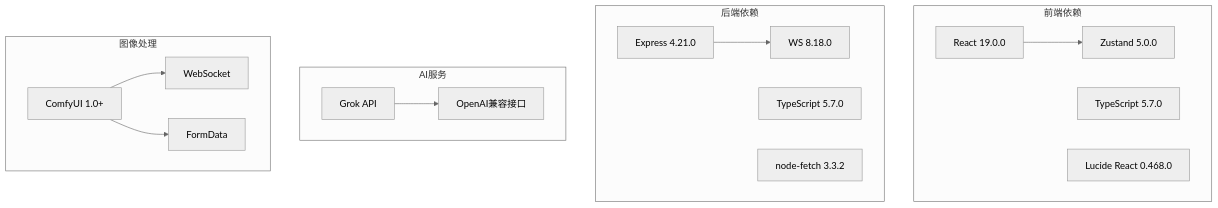
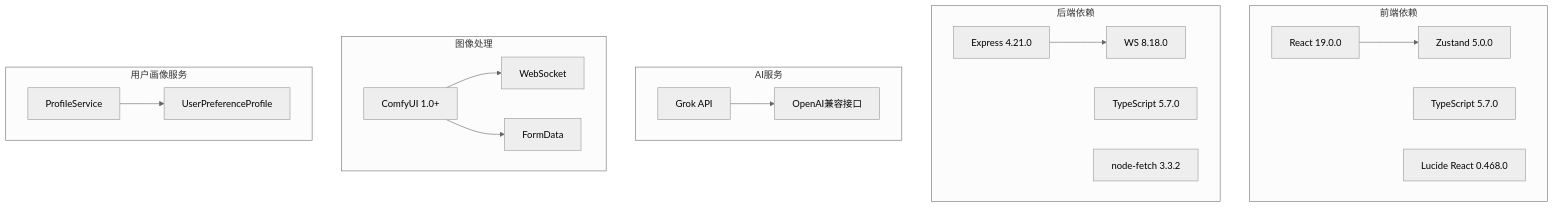
Diagram 13 of 14 in .qoder/repowiki/zh/content/前端应用/AI智能代理系统/AI智能代理系统.md (billye220670/CorineKit_Pix2Real), drawn with Mermaid (neutral theme) before and after one commit. The commit also changed other lines of this file and 14 other files, not shown here.

````diff
--- a/.qoder/repowiki/zh/content/前端应用/AI智能代理系统/AI智能代理系统.md
+++ b/.qoder/repowiki/zh/content/前端应用/AI智能代理系统/AI智能代理系统.md
@@ -438,29 +669,34 @@
 ```mermaid
 graph TB
 subgraph "前端依赖"
 A[React 19.0.0]
 B[TypeScript 5.7.0]
 C[Zustand 5.0.0]
 D[Lucide React 0.468.0]
 end
 subgraph "后端依赖"
 E[Express 4.21.0]
 F[TypeScript 5.7.0]
 G[WS 8.18.0]
 H[node-fetch 3.3.2]
 end
 subgraph "AI服务"
 I[Grok API]
 J[OpenAI兼容接口]
 end
 subgraph "图像处理"
 K[ComfyUI 1.0+]
 L[WebSocket]
 M[FormData]
 end
+subgraph "用户画像服务"
+N[ProfileService]
+O[UserPreferenceProfile]
+end
 A --> C
 E --> G
 I --> J
 K --> L
 K --> M
+N --> O
 ```
````
